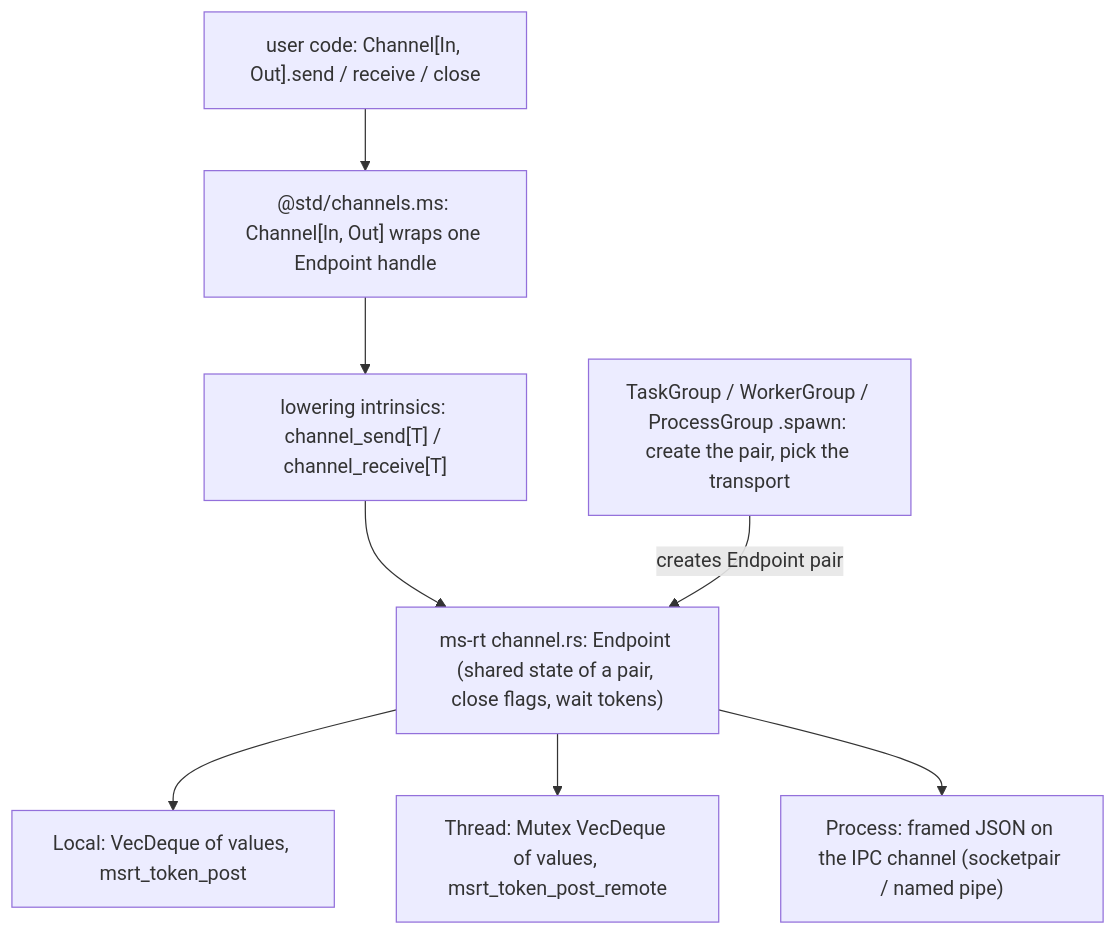
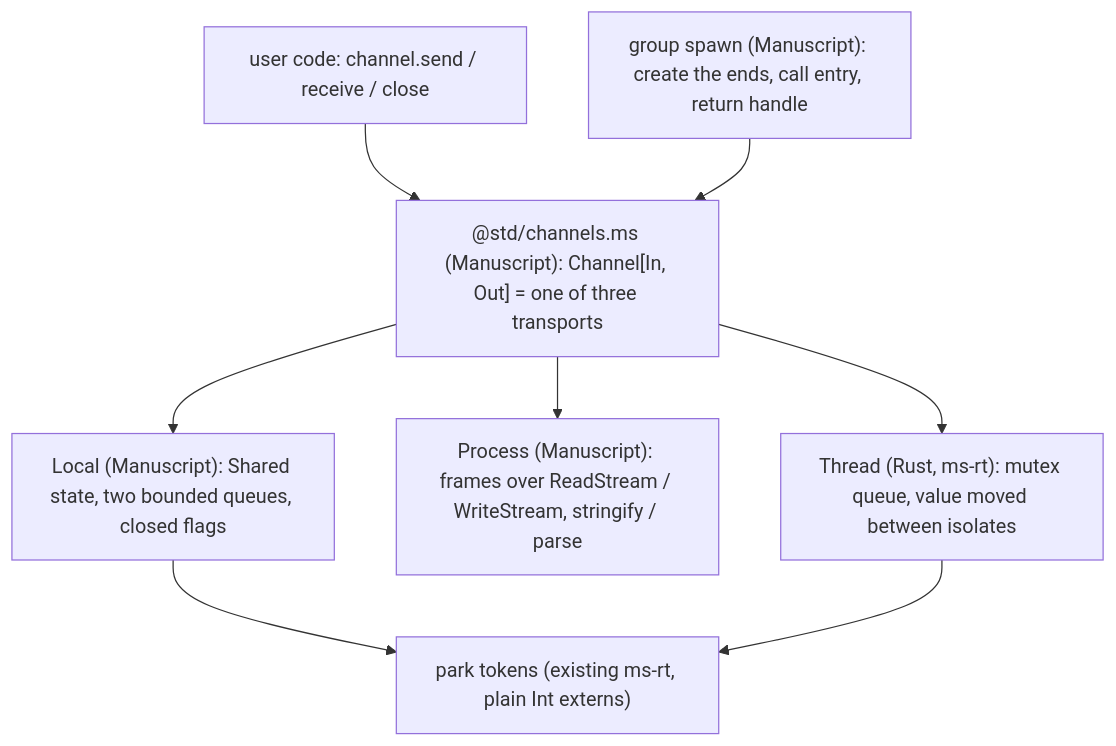
Before and after one commit to manuscript-lang/manuscript: the diagram in proposals/channels.md, drawn with Mermaid. The commit also changed other lines of this file, not shown here.

First line of the commit message:
Channels proposal: write channels in Manuscript except the thread transport

````diff
--- a/proposals/channels.md
+++ b/proposals/channels.md
@@ -72,16 +74,17 @@
 ```mermaid
 flowchart TB
-  U["user code: Channel[In, Out].send / receive / close"]
-  W["@std/channels.ms: Channel[In, Out] wraps one Endpoint handle"]
-  I["lowering intrinsics: channel_send[T] / channel_receive[T]"]
-  E["ms-rt channel.rs: Endpoint (shared state of a pair, close flags, wait tokens)"]
-  L["Local: VecDeque of values, msrt_token_post"]
-  T["Thread: Mutex VecDeque of values, msrt_token_post_remote"]
-  P["Process: framed JSON on the IPC channel (socketpair / named pipe)"]
-  G["TaskGroup / WorkerGroup / ProcessGroup .spawn: create the pair, pick the transport"]
-  U --> W --> I --> E
-  E --> L
-  E --> T
-  E --> P
-  G -- "creates Endpoint pair" --> E
+  U["user code: channel.send / receive / close"]
+  C["@std/channels.ms (Manuscript): Channel[In, Out] = one of three transports"]
+  L["Local (Manuscript): Shared state, two bounded queues, closed flags"]
+  P["Process (Manuscript): frames over ReadStream / WriteStream, stringify / parse"]
+  T["Thread (Rust, ms-rt): mutex queue, value moved between isolates"]
+  K["park tokens (existing ms-rt, plain Int externs)"]
+  G["group spawn (Manuscript): create the ends, call entry, return handle"]
+  U --> C
+  C --> L
+  C --> P
+  C --> T
+  L --> K
+  T --> K
+  G --> C
 ```
````
